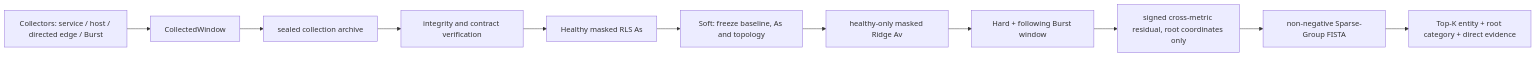
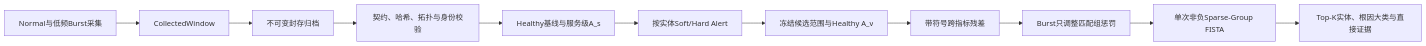
The diagram in docs/FINAL_DATA_CONTROL_PLANE.md (18560840243jyz-lang/probeRCA), drawn with Mermaid before and after one commit. The commit also changed other lines of this file and 19 other files, not shown here.

````diff
--- a/docs/FINAL_DATA_CONTROL_PLANE.md
+++ b/docs/FINAL_DATA_CONTROL_PLANE.md
@@ -7,13 +8,13 @@
 ```mermaid
 flowchart LR
-  C["Collectors: service / host / directed edge / Burst"] --> W["CollectedWindow"]
-  W --> S["sealed collection archive"]
-  S --> V["integrity and contract verification"]
-  V --> AS["Healthy masked RLS As"]
-  AS --> SOFT["Soft: freeze baseline, As and topology"]
-  SOFT --> AV["healthy-only masked Ridge Av"]
-  AV --> HARD["Hard + following Burst window"]
-  HARD --> R["signed cross-metric residual, root coordinates only"]
-  R --> F["non-negative Sparse-Group FISTA"]
-  F --> O["Top-K entity + root category + direct evidence"]
+  C["Normal与低频Burst采集"] --> W["CollectedWindow"]
+  W --> S["不可变封存归档"]
+  S --> V["契约、哈希、拓扑与身份校验"]
+  V --> B["Healthy基线与服务级A_s"]
+  B --> A["按实体Soft/Hard Alert"]
+  A --> G["冻结候选范围与Healthy A_v"]
+  G --> R["带符号跨指标残差"]
+  R --> P["Burst只调整匹配组惩罚"]
+  P --> F["单次非负Sparse-Group FISTA"]
+  F --> O["Top-K实体、根因大类与直接证据"]
 ```
````
